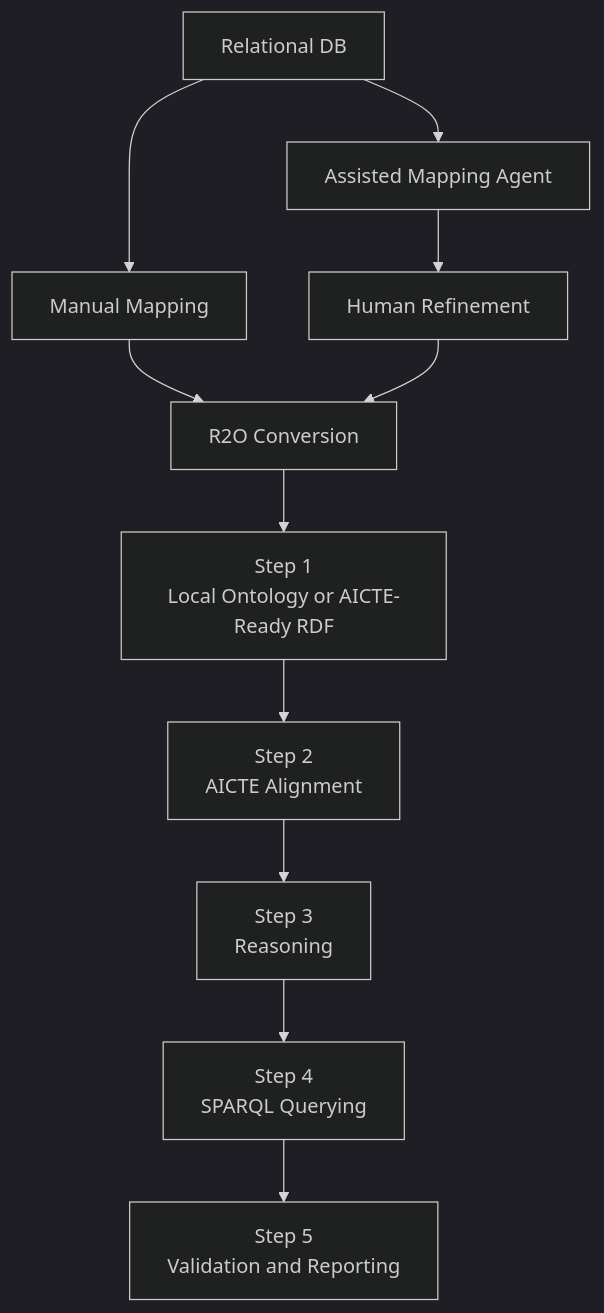
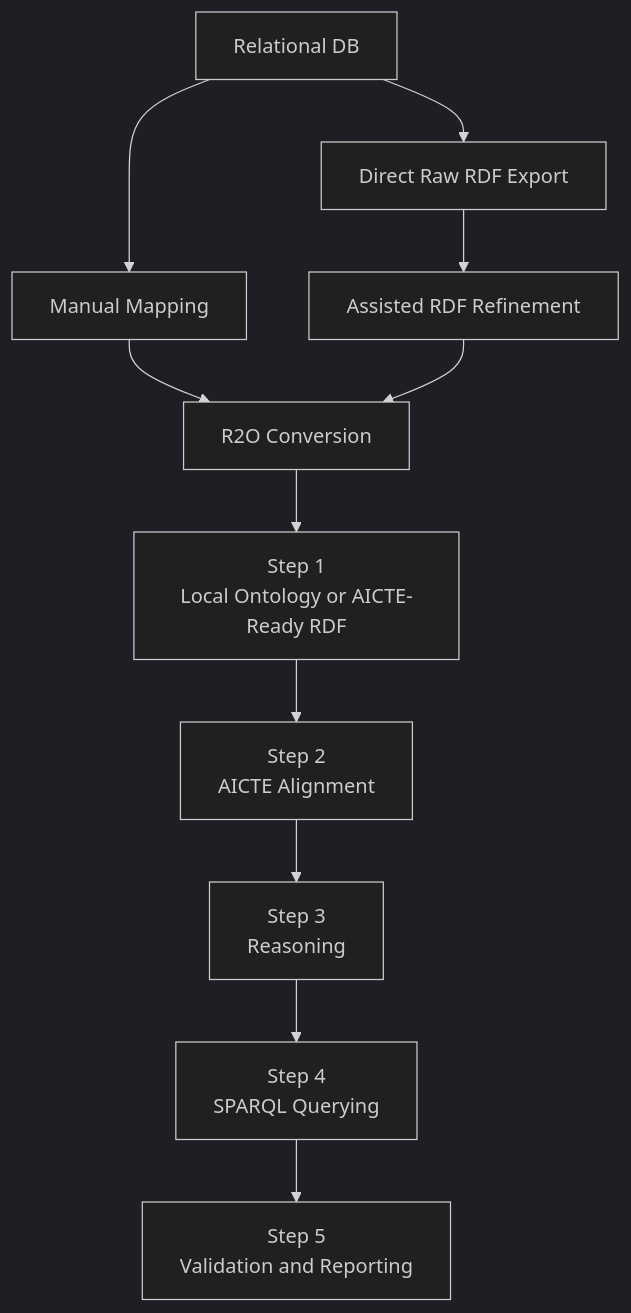
One commit to ap5967ap/SEMLINK changed the second of 2 diagrams in docs/semantic-integration/r2o-extension.md. Above: the diagram before and after it, drawn with Mermaid (dark theme). The commit also changed other lines of this file and 16 other files, not shown here.

Commit message:
r2o with raw rdf

````diff
--- a/docs/semantic-integration/r2o-extension.md
+++ b/docs/semantic-integration/r2o-extension.md
@@ -31,13 +31,13 @@
 ```mermaid
 flowchart TD
     DB["Relational DB"] --> M0["Manual Mapping"]
-    DB --> A0["Assisted Mapping Agent"]
-    A0 --> H0["Human Refinement"]
+    DB --> A0["Direct Raw RDF Export"]
+    A0 --> H0["Assisted RDF Refinement"]
     M0 --> S0["R2O Conversion"]
     H0 --> S0
     S0 --> S1["Step 1\nLocal Ontology or AICTE-Ready RDF"]
     S1 --> S2["Step 2\nAICTE Alignment"]
     S2 --> S3["Step 3\nReasoning"]
     S3 --> S4["Step 4\nSPARQL Querying"]
     S4 --> S5["Step 5\nValidation and Reporting"]
 ```
````
